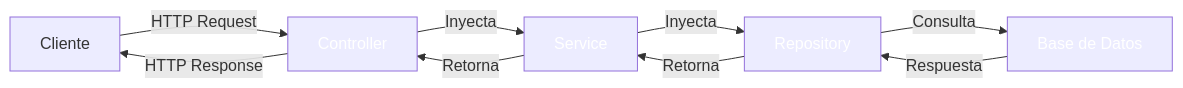
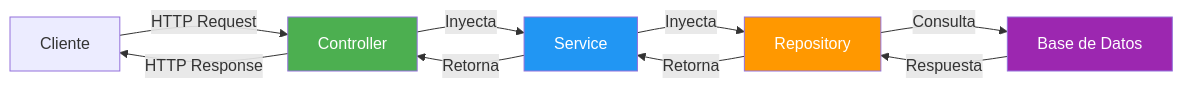
One commit to joseluisgs/DesarrolloWebEntornosServidor-02-2026-2027 changed the second of 5 diagrams in 06-inyeccion-dependencias.md. Above: the diagram before and after it, drawn with Mermaid. The commit also changed other lines of this file and 29 other files, not shown here.

Commit message:
docs: corregir estilos Mermaid y estilo, quitar referencias a la Tienda y reestructurar los retos 13 y 15

````diff
--- a/06-inyeccion-dependencias.md
+++ b/06-inyeccion-dependencias.md
@@ -195,16 +195,16 @@
 ```mermaid
 flowchart LR
     Client["Cliente"] -->|"HTTP Request"| Controller["Controller"]
     Controller -->|"Inyecta"| Service["Service"]
     Service -->|"Inyecta"| Repository["Repository"]
     Repository -->|"Consulta"| DB["Base de Datos"]
     DB -->|"Respuesta"| Repository
     Repository -->|"Retorna"| Service
     Service -->|"Retorna"| Controller
     Controller -->|"HTTP Response"| Client
 
-    style Controller fill:#4CAF5,color:#fff0,color:#fff
-    style Service fill:#2196F,color:#fff3,color:#fff
-    style Repository fill:#FF980,color:#fff0,color:#fff
-    style DB fill:#9C27B,color:#fff0,color:#fff
+    style Controller fill:#4CAF50,color:#fff
+    style Service fill:#2196F3,color:#fff
+    style Repository fill:#FF9800,color:#fff
+    style DB fill:#9C27B0,color:#fff
 ```
````
